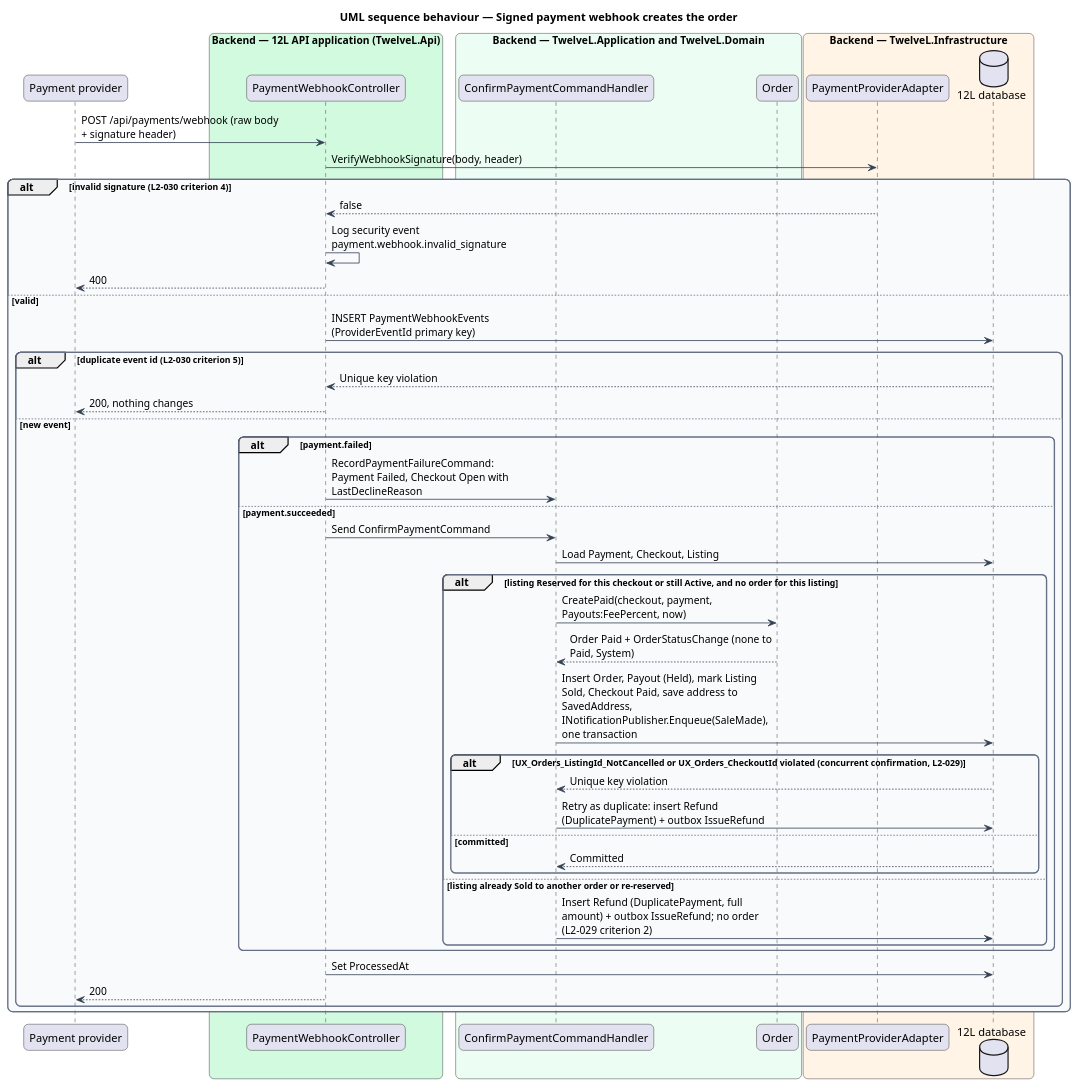
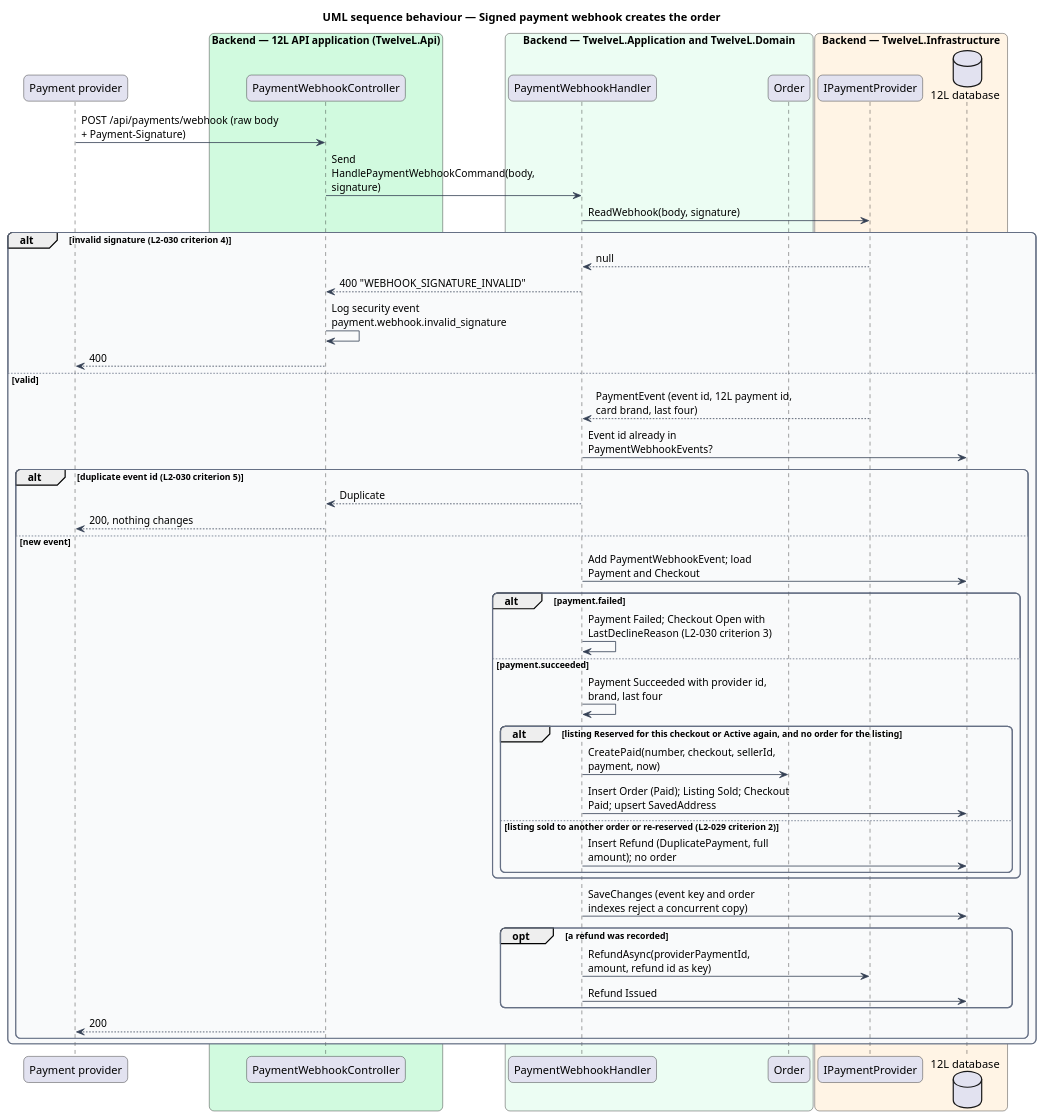
Before and after one commit to QuinntyneBrown/12l: the diagram in docs/detailed-designs/orders/checkout-and-pay/diagrams/sequence-payment-webhook.puml, drawn with PlantUML. The commit also changed 66 other files, not shown here.

First line of the commit message:
Document checkout-and-pay: design, ADRs, design system, composition, L2, estimates

```diff
--- a/docs/detailed-designs/orders/checkout-and-pay/diagrams/sequence-payment-webhook.puml
+++ b/docs/detailed-designs/orders/checkout-and-pay/diagrams/sequence-payment-webhook.puml
@@ -1,66 +1,66 @@
 @startuml
 title UML sequence behaviour — Signed payment webhook creates the order
 skinparam backgroundColor #FFFFFF
 skinparam shadowing false
 skinparam roundcorner 12
 skinparam defaultFontName Arial
 skinparam ArrowColor #344054
 skinparam rectangle {
   BorderColor #344054
   FontColor #101828
 }
 skinparam package {
   BorderColor #667085
   FontColor #101828
   BackgroundColor #F9FAFB
 }
 skinparam sequenceMessageAlign left
 skinparam maxMessageSize 260
 participant "Payment provider" as pay
 box "Backend — 12L API application (TwelveL.Api)" #D1FADF
   participant "PaymentWebhookController" as wh
 end box
 box "Backend — TwelveL.Application and TwelveL.Domain" #ECFDF3
-  participant "ConfirmPaymentCommandHandler" as h
+  participant "PaymentWebhookHandler" as h
   participant "Order" as order
 end box
 box "Backend — TwelveL.Infrastructure" #FFF4E5
-  participant "PaymentProviderAdapter" as ppa
+  participant "IPaymentProvider" as ppa
   database "12L database" as db
 end box
-pay -> wh : POST /api/payments/webhook (raw body + signature header)
-wh -> ppa : VerifyWebhookSignature(body, header)
+pay -> wh : POST /api/payments/webhook (raw body + Payment-Signature)
+wh -> h : Send HandlePaymentWebhookCommand(body, signature)
+h -> ppa : ReadWebhook(body, signature)
 alt invalid signature (L2-030 criterion 4)
-  ppa --> wh : false
+  ppa --> h : null
+  h --> wh : 400 "WEBHOOK_SIGNATURE_INVALID"
   wh -> wh : Log security event payment.webhook.invalid_signature
   wh --> pay : 400
 else valid
-  wh -> db : INSERT PaymentWebhookEvents (ProviderEventId primary key)
+  ppa --> h : PaymentEvent (event id, 12L payment id, card brand, last four)
+  h -> db : Event id already in PaymentWebhookEvents?
   alt duplicate event id (L2-030 criterion 5)
-    db --> wh : Unique key violation
+    h --> wh : Duplicate
     wh --> pay : 200, nothing changes
   else new event
+    h -> db : Add PaymentWebhookEvent; load Payment and Checkout
     alt payment.failed
-      wh -> h : RecordPaymentFailureCommand: Payment Failed, Checkout Open with LastDeclineReason
+      h -> h : Payment Failed; Checkout Open with LastDeclineReason (L2-030 criterion 3)
     else payment.succeeded
-      wh -> h : Send ConfirmPaymentCommand
-      h -> db : Load Payment, Checkout, Listing
-      alt listing Reserved for this checkout or still Active, and no order for this listing
-        h -> order : CreatePaid(checkout, payment, Payouts:FeePercent, now)
-        order --> h : Order Paid + OrderStatusChange (none to Paid, System)
-        h -> db : Insert Order, Payout (Held), mark Listing Sold, Checkout Paid, save address to SavedAddress, INotificationPublisher.Enqueue(SaleMade), one transaction
-        alt UX_Orders_ListingId_NotCancelled or UX_Orders_CheckoutId violated (concurrent confirmation, L2-029)
-          db --> h : Unique key violation
-          h -> db : Retry as duplicate: insert Refund (DuplicatePayment) + outbox IssueRefund
-        else committed
-          db --> h : Committed
-        end
-      else listing already Sold to another order or re-reserved
-        h -> db : Insert Refund (DuplicatePayment, full amount) + outbox IssueRefund; no order (L2-029 criterion 2)
+      h -> h : Payment Succeeded with provider id, brand, last four
+      alt listing Reserved for this checkout or Active again, and no order for the listing
+        h -> order : CreatePaid(number, checkout, sellerId, payment, now)
+        h -> db : Insert Order (Paid); Listing Sold; Checkout Paid; upsert SavedAddress
+      else listing sold to another order or re-reserved (L2-029 criterion 2)
+        h -> db : Insert Refund (DuplicatePayment, full amount); no order
       end
     end
-    wh -> db : Set ProcessedAt
+    h -> db : SaveChanges (event key and order indexes reject a concurrent copy)
+    opt a refund was recorded
+      h -> ppa : RefundAsync(providerPaymentId, amount, refund id as key)
+      h -> db : Refund Issued
+    end
     wh --> pay : 200
   end
 end
 @enduml
```
